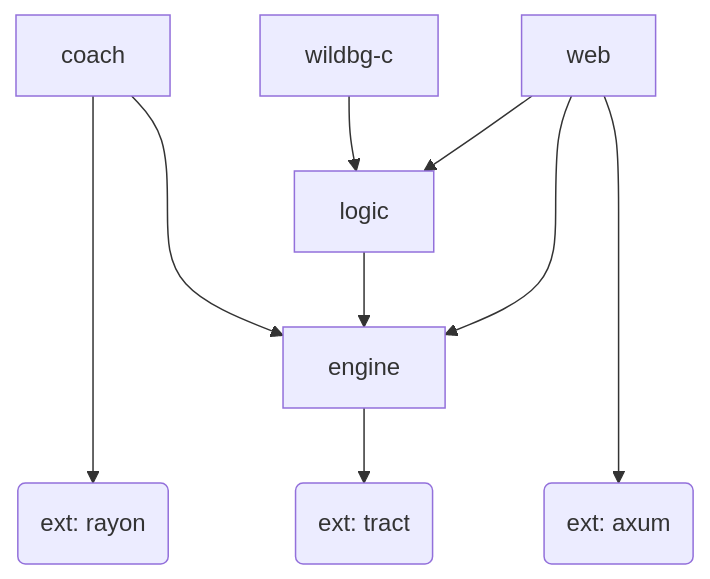
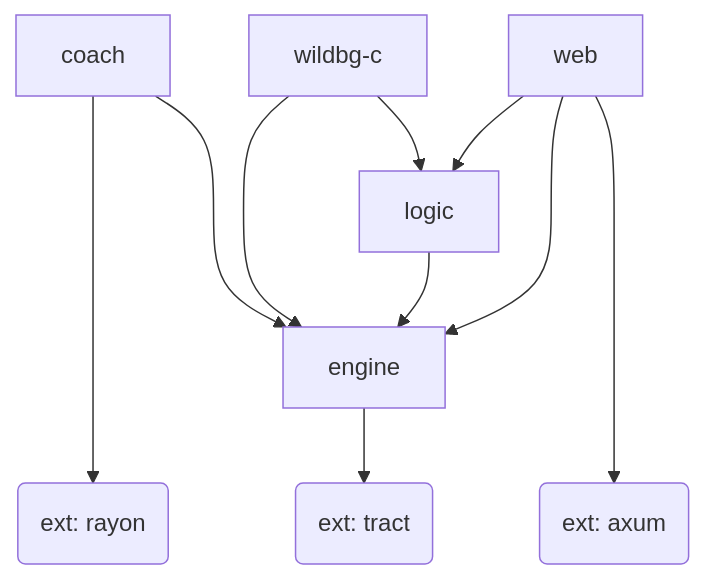
The diagram in docs/dev/architecture.md (carsten-wenderdel/wildbg), drawn with Mermaid before and after one commit. The commit also changed other lines of this file and 7 other files, not shown here.

````diff
--- a/docs/dev/architecture.md
+++ b/docs/dev/architecture.md
@@ -10,11 +10,12 @@
 ```mermaid
 graph
     coach ----> rayon("ext: rayon")
     coach ---> engine
+    wildbg-c --> engine
     wildbg-c --> logic
     logic --> engine
     web --> logic
     web ---> engine
     engine --> tract("ext: tract")
     web ----> axum("ext: axum")
 ```
````
